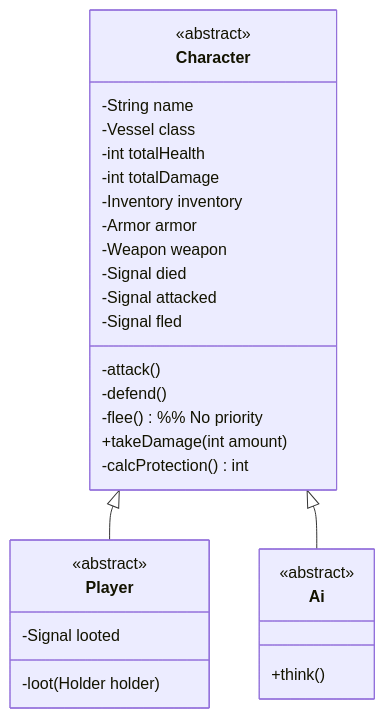
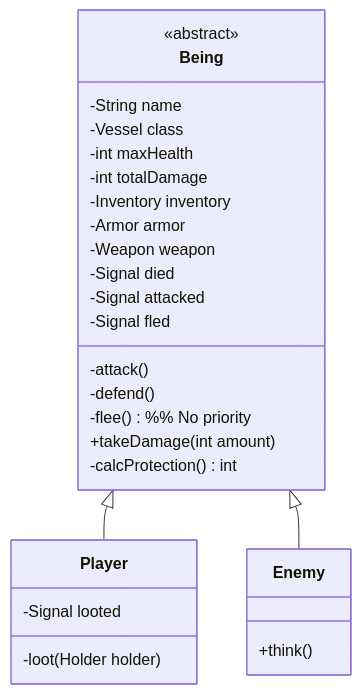
Before and after one commit to gokdenizozkan/patika-plus: the seventh of 11 diagrams in src/patikaplus/week4/nighter/readme.md, drawn with Mermaid. The commit also changed other lines of this file and 1 other file, not shown here.

````diff
--- a/src/patikaplus/week4/nighter/readme.md
+++ b/src/patikaplus/week4/nighter/readme.md
@@ -265,39 +326,37 @@
 ```mermaid
 classDiagram
-    Character <|-- Player
-    Character <|-- Ai
+    Being <|-- Player
+    Being <|-- Enemy
     
-    class Character {
+    class Being {
         <<abstract>>
         -String name
         -Vessel class
-        -int totalHealth
+        -int maxHealth
         -int totalDamage
         -Inventory inventory
         -Armor armor
         -Weapon weapon
 
         -Signal died
         -Signal attacked
         -Signal fled
         
         %% Actions
         -attack()
         -defend()
         -flee() %% No priority
         %% Reactions
         +takeDamage(int amount)
         -calcProtection() int
     }
     
     class Player {
-        <<abstract>>
         -Signal looted
         -loot(Holder holder)
     }
     
-    class Ai {
-        <<abstract>>
+    class Enemy {
         +think()
     }
 ```
````
